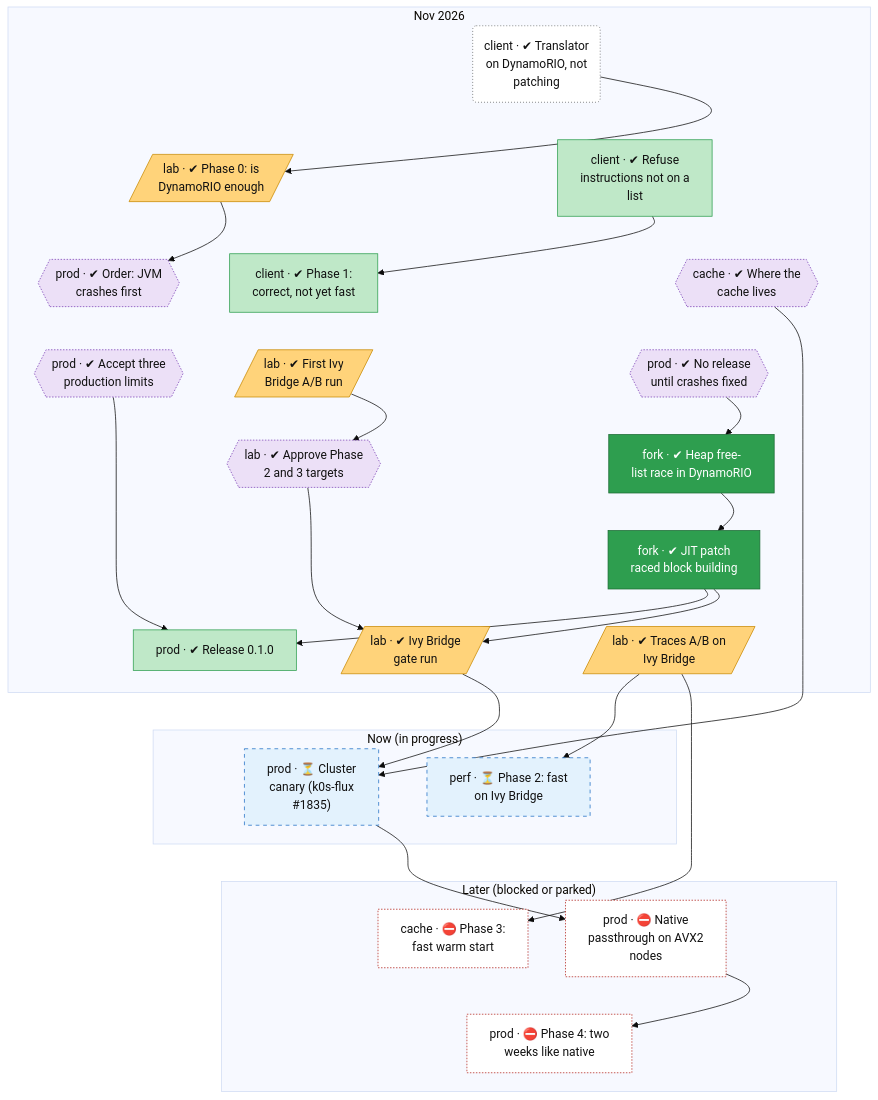
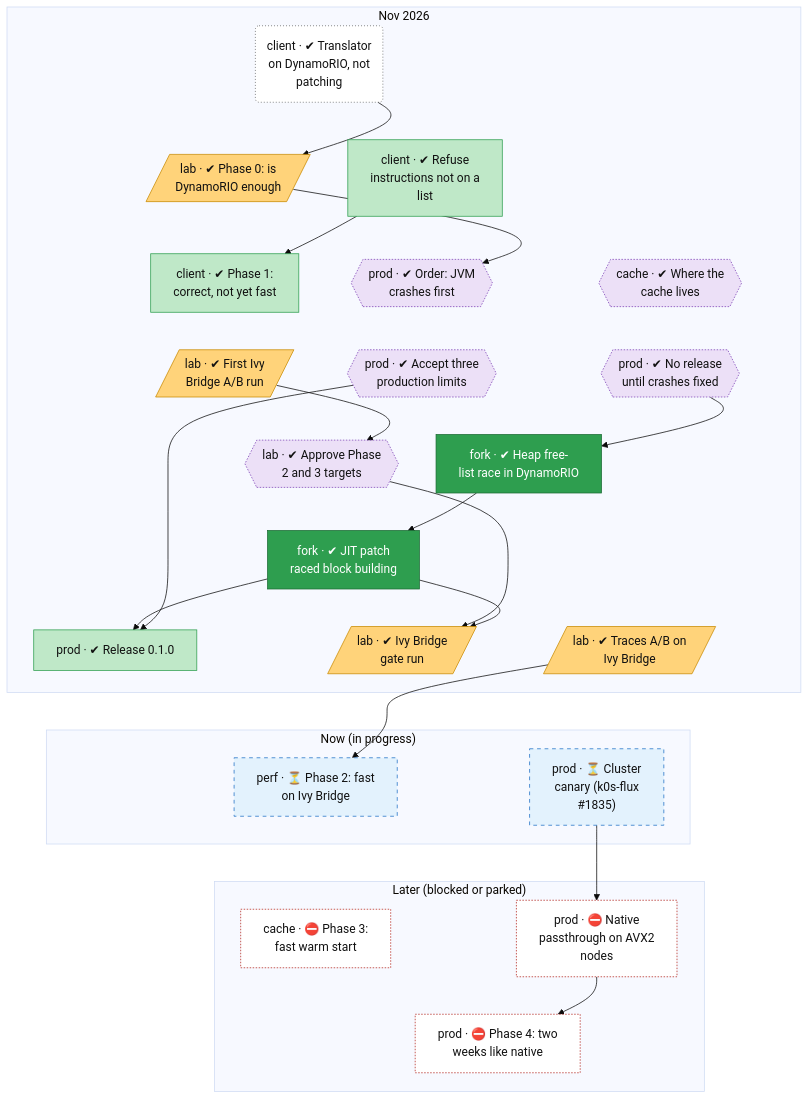
Before and after one commit to lhns/v3compat: the second of 2 diagrams in docs/roadmap.md, drawn with Mermaid (base theme). The commit also changed other lines of this file and 14 other files, not shown here.

First line of the commit message:
Traces off by default; canary drops the cache; roadmap (#96)

```diff
--- a/docs/roadmap.md
+++ b/docs/roadmap.md
@@ -120,8 +120,8 @@
         lab_ivy_traces[/"lab · ✔ Traces A/B on<br/>Ivy Bridge"/]
     end
     subgraph bd_1["Now (in progress)"]
+        perf_phase2_gate["perf · ⏳ Phase 2: fast<br/>on Ivy Bridge"]
         prod_canary["prod · ⏳ Cluster<br/>canary (k0s-flux<br/>#35;1835)"]
-        perf_phase2_gate["perf · ⏳ Phase 2: fast<br/>on Ivy Bridge"]
     end
     subgraph bd_2["Later (blocked or parked)"]
         cache_phase3_gate["cache · ⛔ Phase 3:<br/>fast warm start"]
@@ -144,11 +144,11 @@
     fork_selfmod_race ~~~ prod_release
     fork_selfmod_race ~~~ lab_ivy_gate
     fork_selfmod_race ~~~ lab_ivy_traces
-    prod_release ~~~ prod_canary
-    lab_ivy_gate ~~~ perf_phase2_gate
-    lab_ivy_traces ~~~ perf_phase2_gate
-    prod_canary ~~~ cache_phase3_gate
-    perf_phase2_gate ~~~ prod_passthrough
+    prod_release ~~~ perf_phase2_gate
+    lab_ivy_gate ~~~ prod_canary
+    lab_ivy_traces ~~~ prod_canary
+    perf_phase2_gate ~~~ cache_phase3_gate
+    prod_canary ~~~ prod_passthrough
     cache_phase3_gate ~~~ prod_two_weeks
     prod_passthrough ~~~ prod_two_weeks
     client_design --> lab_phase0
@@ -161,10 +161,7 @@
     prod_limits --> prod_release
     lab_targets --> lab_ivy_gate
     fork_selfmod_race --> lab_ivy_gate
-    cache_placement --> prod_canary
-    lab_ivy_gate --> prod_canary
     lab_ivy_traces --> perf_phase2_gate
-    lab_ivy_traces --> cache_phase3_gate
     prod_canary --> prod_passthrough
     prod_passthrough --> prod_two_weeks
     classDef vsucc fill:#2e9e4f,stroke:#1b6b34,color:#fff
```
